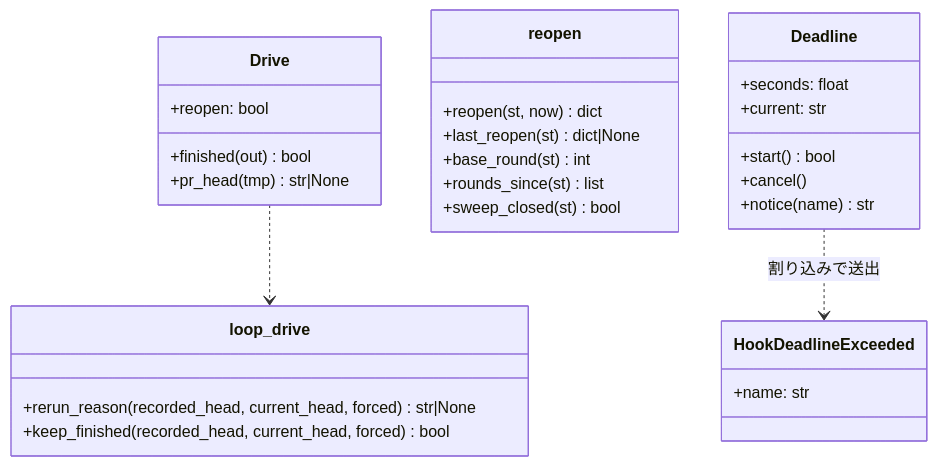
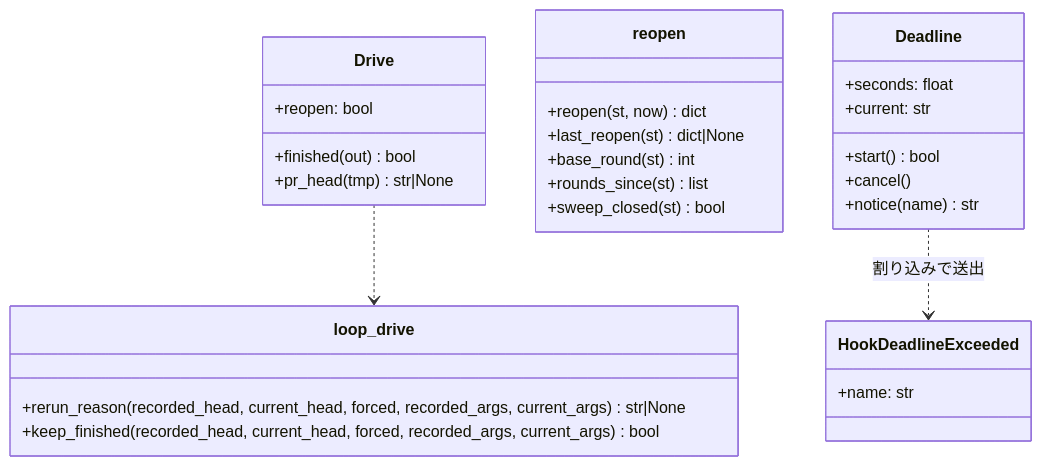
The first of 2 diagrams in docs/specifications/cross-review-reopen-and-hook-deadline.md (devbasex/ai-plugins), drawn with Mermaid before and after one commit. The commit also changed other lines of this file and 11 other files, not shown here.

````diff
--- a/docs/specifications/cross-review-reopen-and-hook-deadline.md
+++ b/docs/specifications/cross-review-reopen-and-hook-deadline.md
@@ -79,31 +79,31 @@
 ```mermaid
 classDiagram
     class Drive {
         +reopen: bool
         +finished(out) bool
         +pr_head(tmp) str|None
     }
     class loop_drive {
-        +rerun_reason(recorded_head, current_head, forced) str|None
-        +keep_finished(recorded_head, current_head, forced) bool
+        +rerun_reason(recorded_head, current_head, forced, recorded_args, current_args) str|None
+        +keep_finished(recorded_head, current_head, forced, recorded_args, current_args) bool
     }
     class reopen {
         +reopen(st, now) dict
         +last_reopen(st) dict|None
         +base_round(st) int
         +rounds_since(st) list
         +sweep_closed(st) bool
     }
     class Deadline {
         +seconds: float
         +current: str
         +start() bool
         +cancel()
         +notice(name) str
     }
     class HookDeadlineExceeded {
         +name: str
     }
     Drive ..> loop_drive
     Deadline ..> HookDeadlineExceeded : 割り込みで送出
 ```
````
